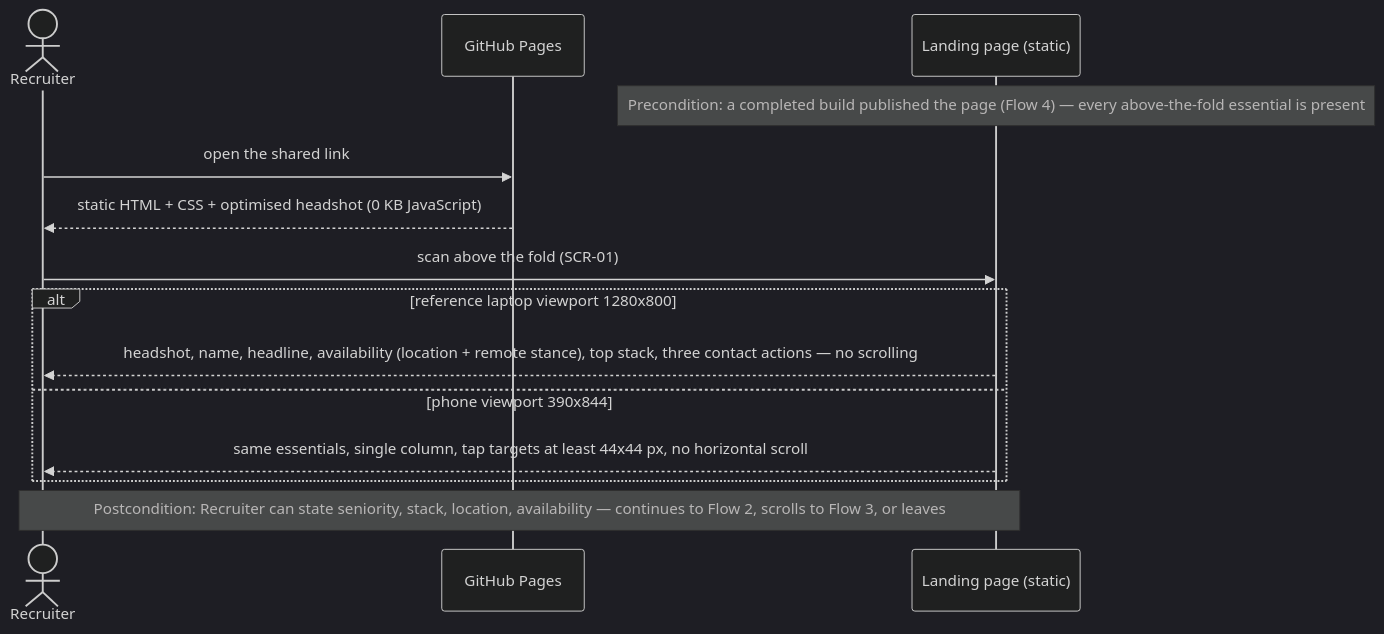
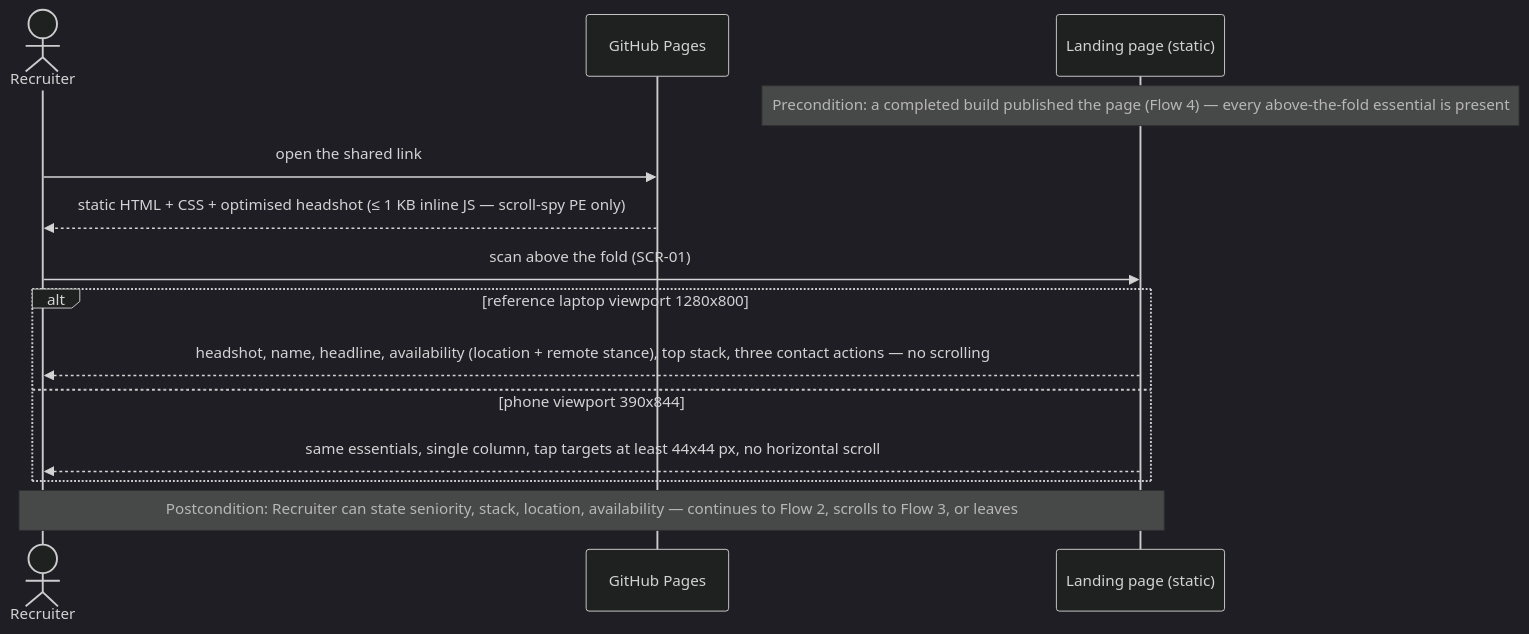
One commit to financeasist/personal-page changed the third of 6 diagrams in docs/features/personal-landing/sad.md. Above: the diagram before and after it, drawn with Mermaid (dark theme). The commit also changed other lines of this file and 22 other files, not shown here.

````diff
--- a/docs/features/personal-landing/sad.md
+++ b/docs/features/personal-landing/sad.md
@@ -199,16 +199,16 @@
 ```mermaid
 sequenceDiagram
     actor Recruiter
     participant Pages as GitHub Pages
     participant Page as Landing page (static)
     Note over Page: Precondition: a completed build published the page (Flow 4) — every above-the-fold essential is present
     Recruiter->>Pages: open the shared link
-    Pages-->>Recruiter: static HTML + CSS + optimised headshot (0 KB JavaScript)
+    Pages-->>Recruiter: static HTML + CSS + optimised headshot (≤ 1 KB inline JS — scroll-spy PE only)
     Recruiter->>Page: scan above the fold (SCR-01)
     alt reference laptop viewport 1280x800
         Page-->>Recruiter: headshot, name, headline, availability (location + remote stance), top stack, three contact actions — no scrolling
     else phone viewport 390x844
         Page-->>Recruiter: same essentials, single column, tap targets at least 44x44 px, no horizontal scroll
     end
     Note over Recruiter,Page: Postcondition: Recruiter can state seniority, stack, location, availability — continues to Flow 2, scrolls to Flow 3, or leaves
 ```
````
